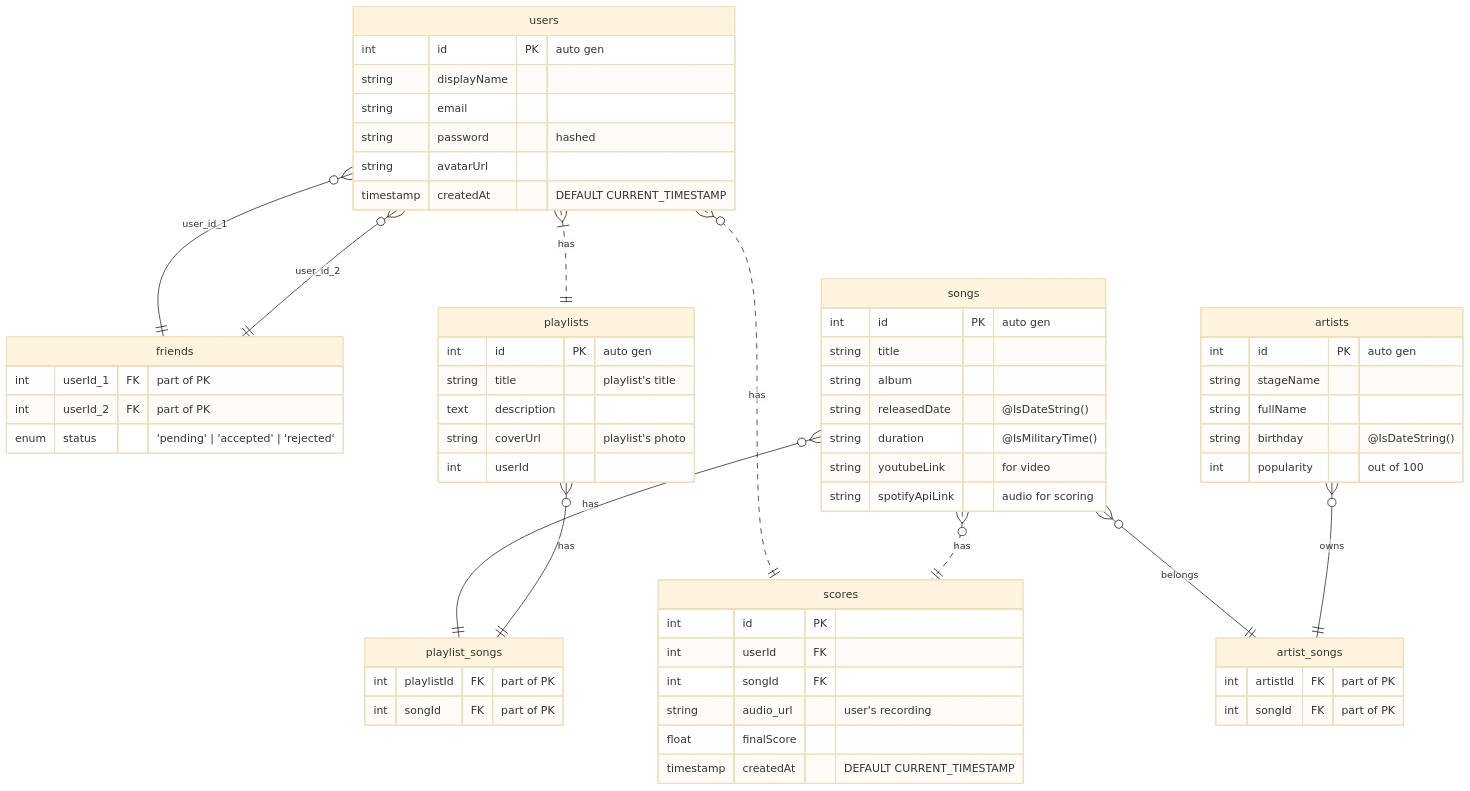
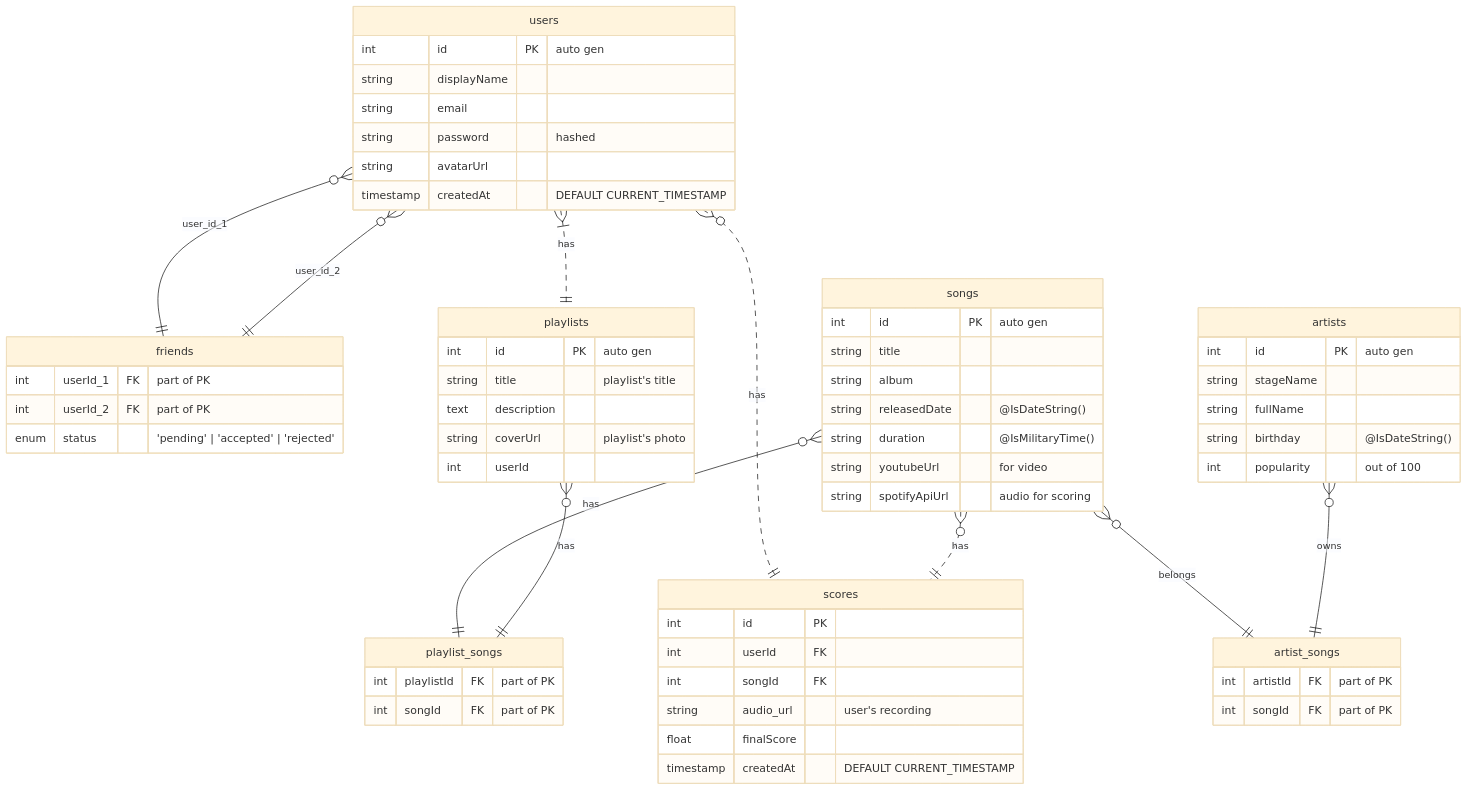
One commit to manoke-uit/.github changed the first of 2 diagrams in README.md. Above: the diagram before and after it, drawn with Mermaid (base theme).

Commit message:
chore: change attributes' names

````diff
--- a/README.md
+++ b/README.md
@@ -2,66 +2,66 @@
 ``` mermaid
 erDiagram
     users {
         int id PK "auto gen"
         string displayName
         string email
         string password "hashed"
         string avatarUrl
         timestamp createdAt "DEFAULT CURRENT_TIMESTAMP"
     }
     friends {
         int userId_1 FK "part of PK"
         int userId_2 FK "part of PK"
         enum status "'pending' | 'accepted' | 'rejected'"
     }
     songs {
         int id PK "auto gen"
         string title
         string album
         string releasedDate "@IsDateString()"
         string duration "@IsMilitaryTime()" 
-        string youtubeLink "for video"
-        string spotifyApiLink "audio for scoring"
+        string youtubeUrl "for video"
+        string spotifyApiUrl "audio for scoring"
     }
     playlists {
         int id PK "auto gen"
         string title "playlist's title"
         text description
         string coverUrl "playlist's photo"
         int userId
     }
     playlist_songs {
         int playlistId FK "part of PK"
         int songId FK "part of PK"
     }
     artists {
         int id PK "auto gen"
         string stageName
         string fullName
         string birthday "@IsDateString()"
         int popularity "out of 100"
     }
     artist_songs {
         int artistId FK "part of PK"
         int songId FK "part of PK"
     }
     scores {
         int id PK
         int userId FK
         int songId FK
         string audio_url "user's recording"
         float finalScore
         timestamp createdAt "DEFAULT CURRENT_TIMESTAMP"
     }
 
     users }o--|| friends: user_id_1
     users }o--|| friends: user_id_2
     users }|..|| playlists: has
     users }o..|| scores: has
     songs }o..|| scores: has
     songs }o--|| playlist_songs: has
     songs }o--|| artist_songs: belongs
     playlists }o--|| playlist_songs: has
     artists }o--|| artist_songs: owns
 
 ```
````
